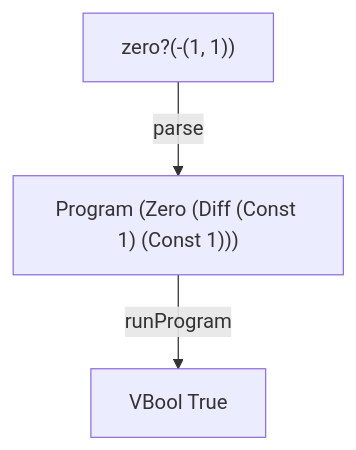
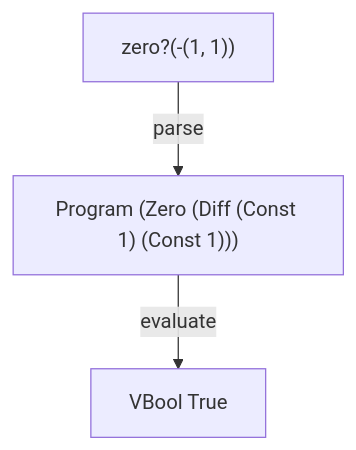
Before and after one commit to tinyinterpreters/zero: the diagram in README.md, drawn with Mermaid. The commit also changed other lines of this file, not shown here.

````diff
--- a/README.md
+++ b/README.md
@@ -9,5 +9,5 @@
 ```mermaid
 flowchart TD
     A["zero?(-(1, 1))"] -->|parse| B["Program (Zero (Diff (Const 1) (Const 1)))"]
-    B -->|runProgram| C["VBool True"]
+    B -->|evaluate| C["VBool True"]
 ```
````
